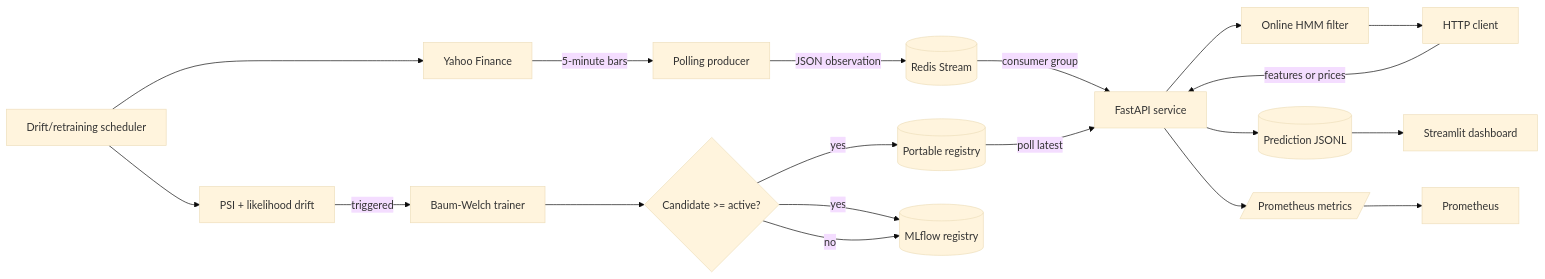
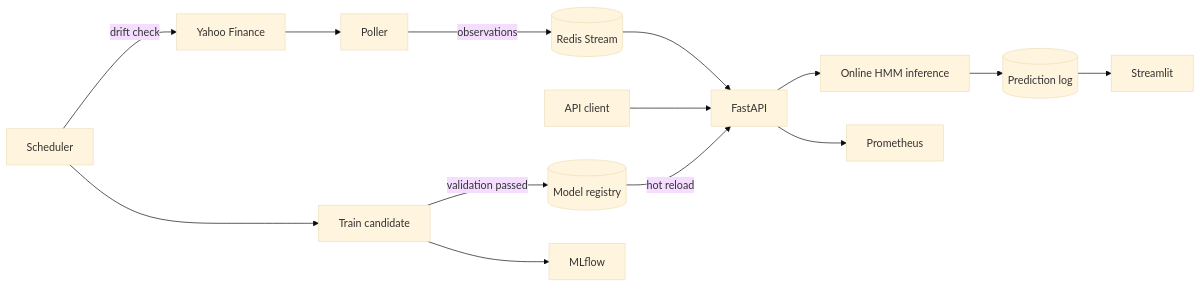
Before and after one commit to sonalrajapaksha/market_regime_hmm: the diagram in README.md, drawn with Mermaid (base theme). The commit also changed other lines of this file, not shown here.

````diff
--- a/README.md
+++ b/README.md
@@ -67,21 +37,17 @@
 ```mermaid
 flowchart LR
-    Yahoo[Yahoo Finance] -->|5-minute bars| Poller[Polling producer]
-    Poller -->|JSON observation| Redis[(Redis Stream)]
-    Redis -->|consumer group| API[FastAPI service]
-    Client[HTTP client] -->|features or prices| API
-    API --> Filter[Online HMM filter]
-    Filter --> Client
-    API --> Journal[(Prediction JSONL)]
-    Journal --> Dashboard[Streamlit dashboard]
-    API --> Metrics[/Prometheus metrics/]
-    Metrics --> Prometheus[Prometheus]
-    Scheduler[Drift/retraining scheduler] --> Yahoo
-    Scheduler --> Drift[PSI + likelihood drift]
-    Drift -->|triggered| Trainer[Baum-Welch trainer]
-    Trainer --> Gate{Candidate >= active?}
-    Gate -->|yes| Registry[(Portable registry)]
-    Gate -->|yes| MLflow[(MLflow registry)]
-    Gate -->|no| MLflow
-    Registry -->|poll latest| API
+    YF[Yahoo Finance] --> Poller
+    Poller -->|observations| Redis[(Redis Stream)]
+    Redis --> API[FastAPI]
+    Client[API client] --> API
+    API --> HMM[Online HMM inference]
+    HMM --> Log[(Prediction log)]
+    Log --> Dashboard[Streamlit]
+    API --> Prometheus
+
+    Scheduler -->|drift check| YF
+    Scheduler --> Trainer[Train candidate]
+    Trainer -->|validation passed| Models[(Model registry)]
+    Trainer --> MLflow
+    Models -->|hot reload| API
 ```
````
